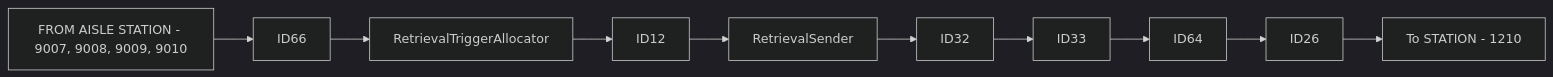
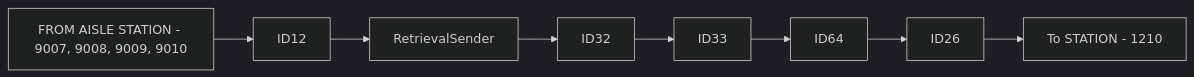
One commit to luthfiadityaa/SimeDarby-Wiki changed the second of 15 diagrams in Basic-Design/DFD-WMS/Retrieval/Stacked-Empty-Pallet.md. Above: the diagram before and after it, drawn with Mermaid (dark theme). The commit also changed other lines of this file, not shown here.

Commit message:
Updated Stacked Empty Pallet

```diff
--- a/Basic-Design/DFD-WMS/Retrieval/Stacked-Empty-Pallet.md
+++ b/Basic-Design/DFD-WMS/Retrieval/Stacked-Empty-Pallet.md
@@ -17,5 +17,5 @@
 ::: mermaid
 flowchart LR
   
-P1[FROM AISLE STATION - 9007, 9008, 9009, 9010]-->P2[ID66]-->P3[RetrievalTriggerAllocator]-->P41[ID12]-->P4[RetrievalSender]-->P5[ID32]-->P6[ID33]-->P7[ID64]-->P9[ID26]-->P10[To STATION - 1210] 
+P1[FROM AISLE STATION - 9007, 9008, 9009, 9010]-->P41[ID12]-->P4[RetrievalSender]-->P5[ID32]-->P6[ID33]-->P7[ID64]-->P9[ID26]-->P10[To STATION - 1210] 
 :::
```
